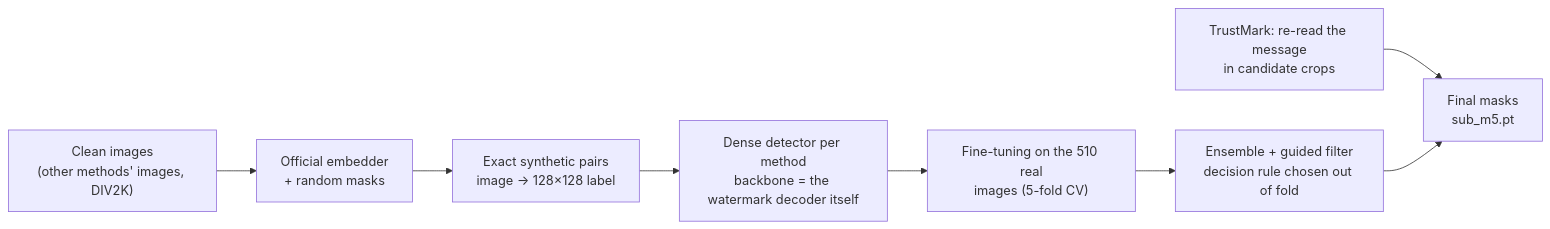
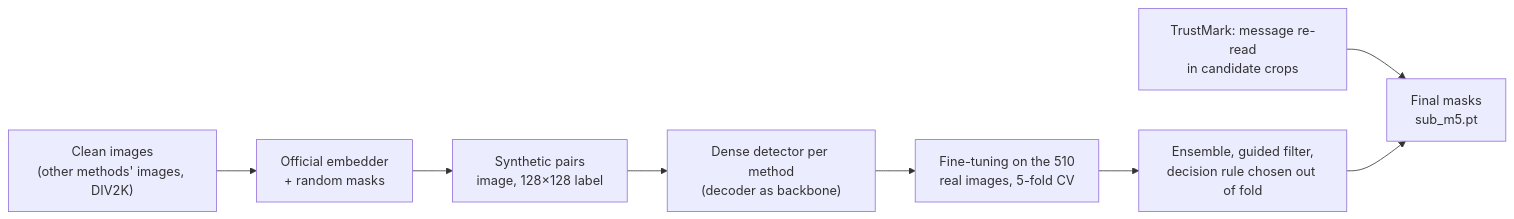
The diagram in task1/README.md (no0e/European_ai_championship), drawn with Mermaid before and after one commit. The commit also changed other lines of this file and 17 other files, not shown here.

````diff
--- a/task1/README.md
+++ b/task1/README.md
@@ -42,10 +30,10 @@
 ```mermaid
 flowchart LR
     A["Clean images<br/>(other methods' images, DIV2K)"] --> B["Official embedder<br/>+ random masks"]
-    B --> C["Exact synthetic pairs<br/>image → 128×128 label"]
-    C --> D["Dense detector per method<br/>backbone = the watermark decoder itself"]
-    D --> E["Fine-tuning on the 510 real<br/>images (5-fold CV)"]
-    E --> F["Ensemble + guided filter<br/>decision rule chosen out of fold"]
-    G["TrustMark: re-read the message<br/>in candidate crops"] --> H
+    B --> C["Synthetic pairs<br/>image, 128×128 label"]
+    C --> D["Dense detector per method<br/>(decoder as backbone)"]
+    D --> E["Fine-tuning on the 510<br/>real images, 5-fold CV"]
+    E --> F["Ensemble, guided filter,<br/>decision rule chosen out of fold"]
+    G["TrustMark: message re-read<br/>in candidate crops"] --> H
     F --> H["Final masks<br/>sub_m5.pt"]
 ```
````
